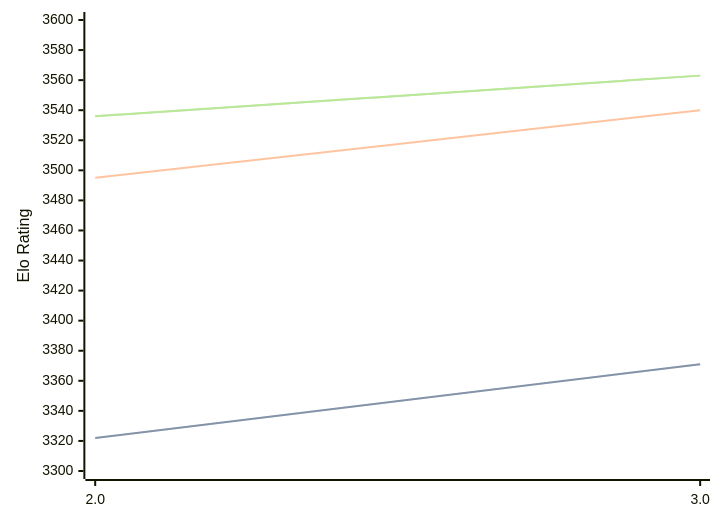
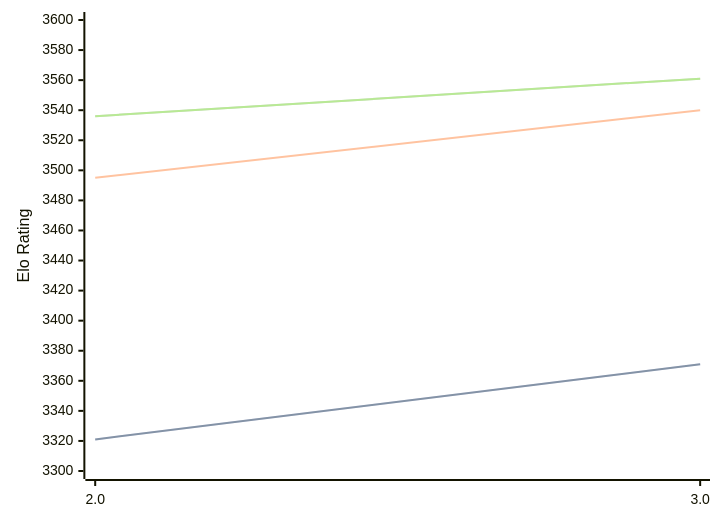
Before and after one commit to computer-chess-index/cci: the diagram in engines/Quanticade.md, drawn with Mermaid. The commit also changed other lines of this file, not shown here.

Commit message:
Update CCI Ratings (ELO VLTC) - 2026-03-22

````diff
--- a/engines/Quanticade.md
+++ b/engines/Quanticade.md
@@ -41,11 +41,11 @@
 ```mermaid
 %%{init: {"theme":"base","themeVariables":{"seriesColors:['#a3a3a3','#222221','#faa371']}}}%%
 xychart-beta
   x-axis ["2.0", "3.0"]
   y-axis "Elo Rating" 3300 --> 3600
-  line "STC (8.0+0.08s)" [3322, 3371]
-  line "STC (8.0+0.08s)" [3322, 3371]
+  line "STC (8.0+0.08s)" [3321, 3371]
+  line "STC (8.0+0.08s)" [3321, 3371]
   line "LTC (60.0+0.60s)" [3495, 3540]
-  line "VLTC (2m24s+1.12s)" [3536, 3563]
-  line "VLTC (2m24s+1.12s)" [3536, 3563]
+  line "VLTC (2m24s+1.12s)" [3536, 3561]
+  line "VLTC (2m24s+1.12s)" [3536, 3561]
 ```
````
